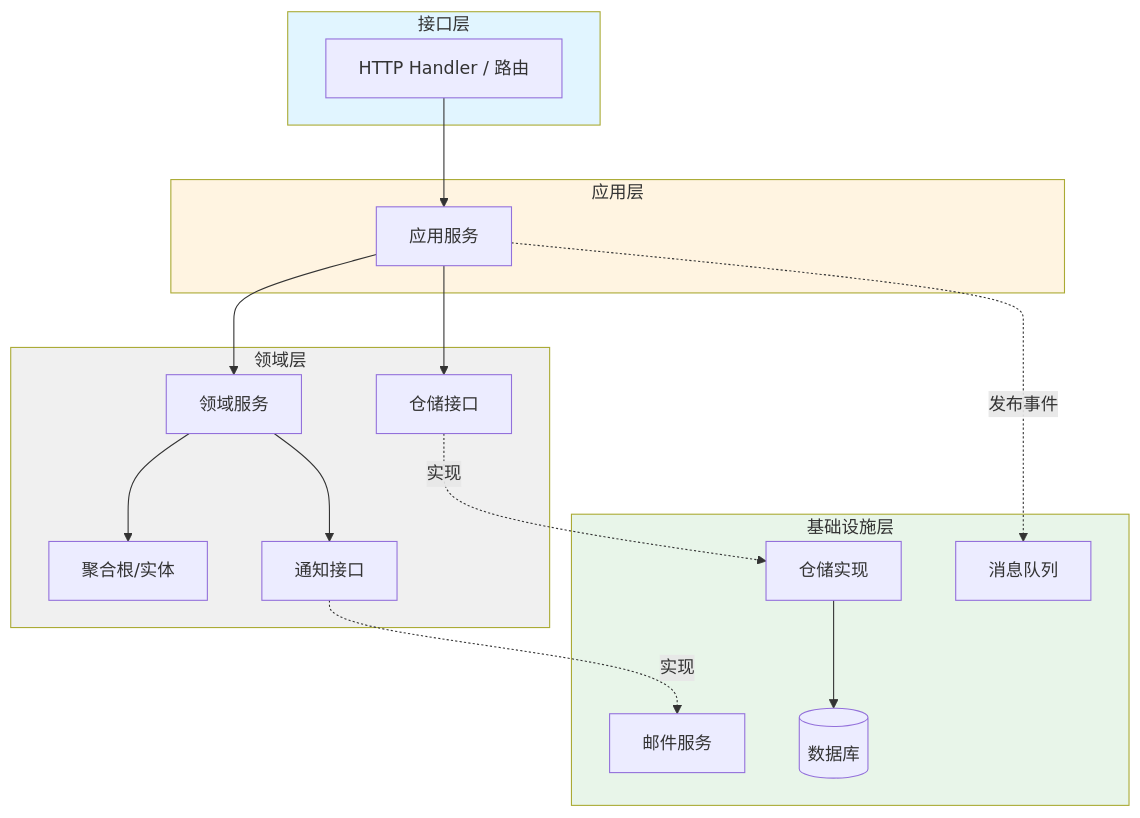
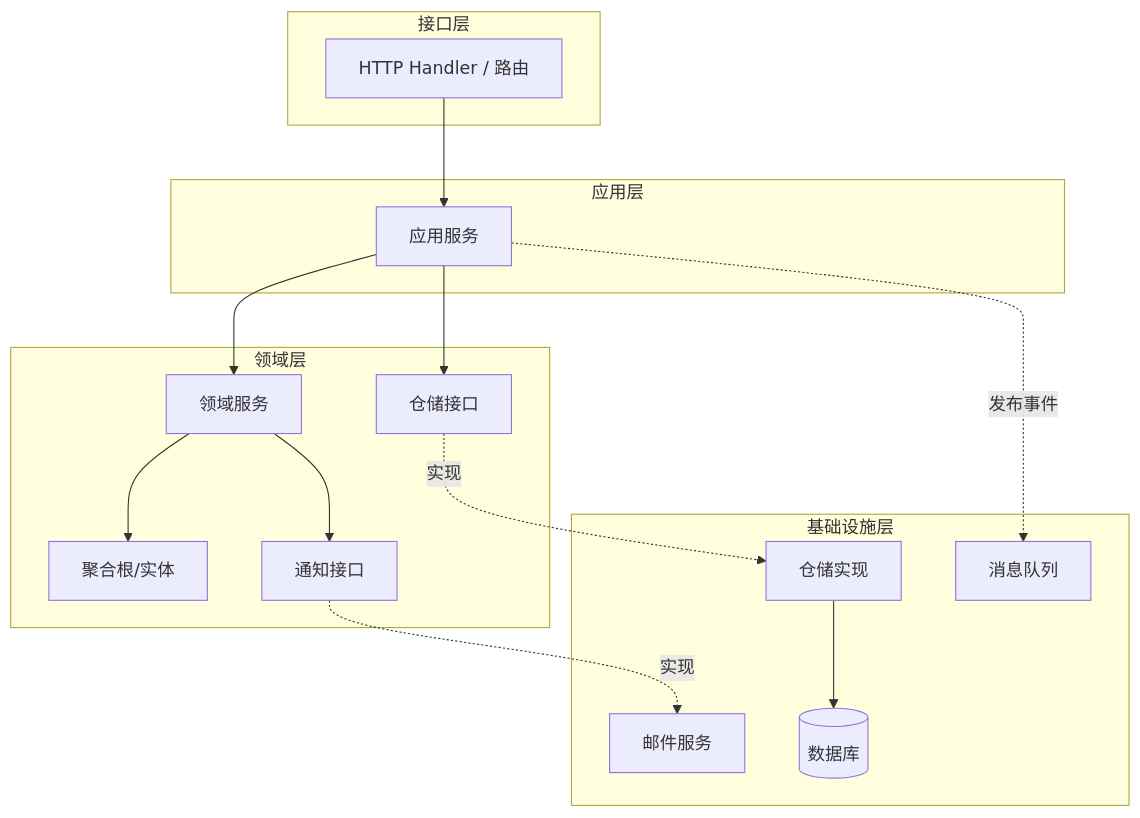
The diagram in practice-projects/gin-ddd/Gin-Framework-DDD-Scaffold.md (microwind/design-patterns), drawn with Mermaid before and after one commit. The commit also changed other lines of this file and 10 other files, not shown here.

````diff
--- a/practice-projects/gin-ddd/Gin-Framework-DDD-Scaffold.md
+++ b/practice-projects/gin-ddd/Gin-Framework-DDD-Scaffold.md
@@ -37,42 +38,34 @@
 ```mermaid
 flowchart TB
     subgraph 接口层
         Handler[HTTP Handler / 路由]
     end
 
     subgraph 应用层
         AppService[应用服务]
     end
 
     subgraph 领域层
         DomainService[领域服务]
         Model[聚合根/实体]
         RepoInterface[仓储接口]
         NotificationInterface[通知接口]
     end
 
     subgraph 基础设施层
         RepoImpl[仓储实现]
         Mail[邮件服务]
         MQ[消息队列]
         DB[(数据库)]
     end
 
-    %% 依赖关系
     Handler --> AppService
     AppService --> DomainService
     AppService --> RepoInterface
     DomainService --> Model
     DomainService --> NotificationInterface
-
     RepoInterface -.实现.-> RepoImpl
     NotificationInterface -.实现.-> Mail
-
     RepoImpl --> DB
     AppService -.发布事件.-> MQ
-
-    style 接口层 fill:#e1f5ff
-    style 应用层 fill:#fff4e1
-    style 领域层 fill:#f0f0f0
-    style 基础设施层 fill:#e8f5e9
 ```
````
